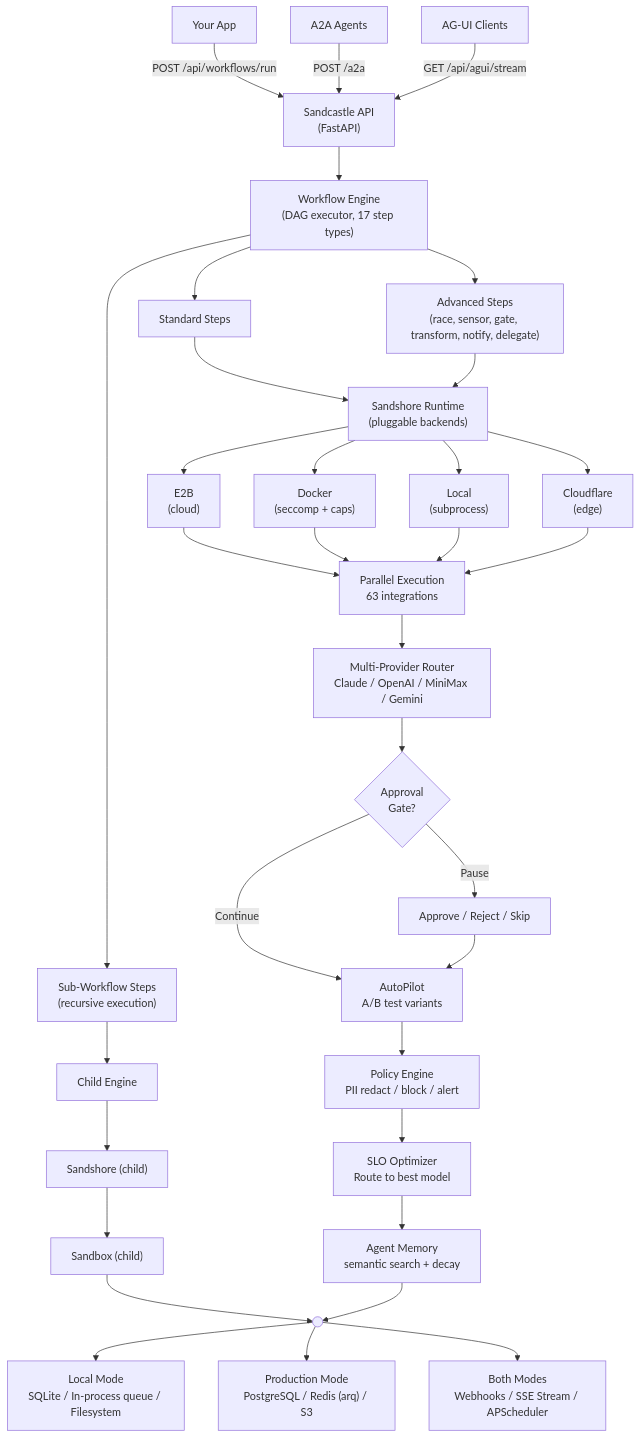
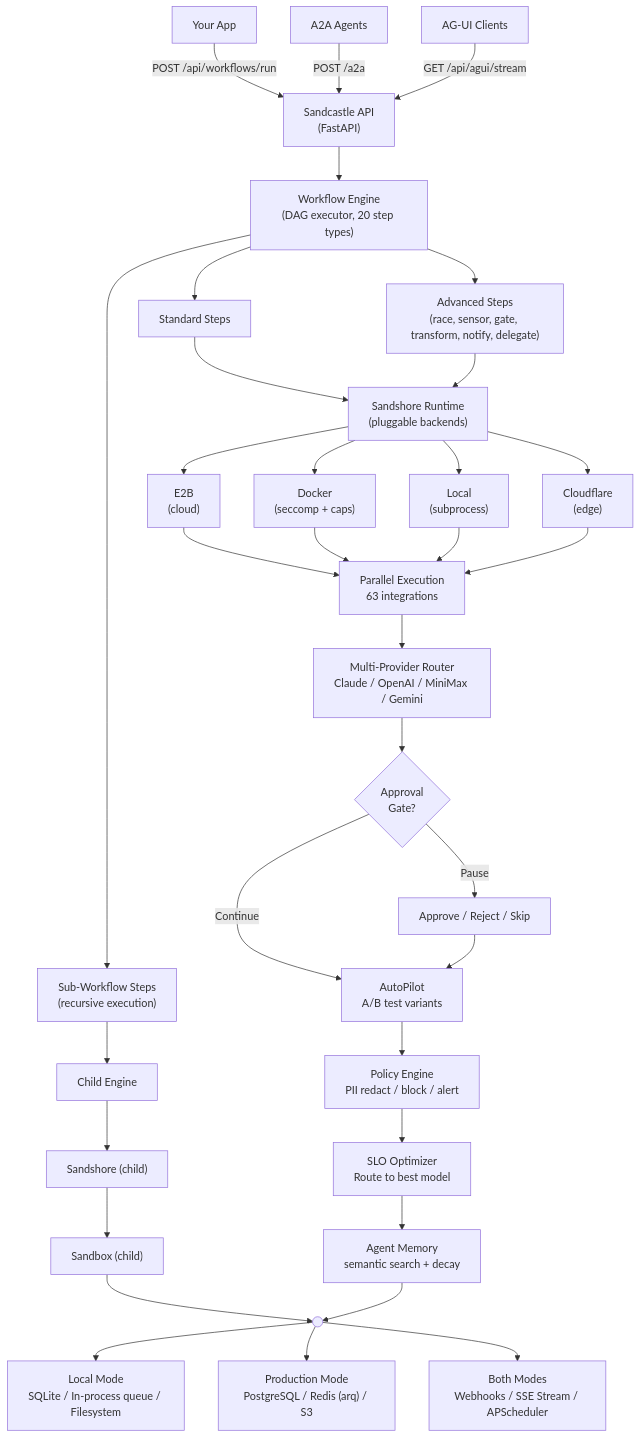
The second of 2 diagrams in README.md (gizmax/Sandcastle), drawn with Mermaid before and after one commit. The commit also changed other lines of this file and 21 other files, not shown here.

````diff
--- a/README.md
+++ b/README.md
@@ -1896,47 +1896,47 @@
 ```mermaid
 flowchart TD
     App["Your App"] -->|"POST /api/workflows/run"| API["Sandcastle API\n(FastAPI)"]
     A2A["A2A Agents"] -->|"POST /a2a"| API
     AGUI["AG-UI Clients"] -->|"GET /api/agui/stream"| API
 
-    API --> Engine["Workflow Engine\n(DAG executor, 17 step types)"]
+    API --> Engine["Workflow Engine\n(DAG executor, 20 step types)"]
 
     Engine --> Standard["Standard Steps"]
     Engine --> Sub["Sub-Workflow Steps\n(recursive execution)"]
     Engine --> Advanced["Advanced Steps\n(race, sensor, gate, transform, notify, delegate)"]
 
     Standard --> Sandshore["Sandshore Runtime\n(pluggable backends)"]
     Sub --> Child["Child Engine"]
     Advanced --> Sandshore
     Child --> SandshoreChild["Sandshore (child)"]
 
     Sandshore --> E2B["E2B\n(cloud)"]
     Sandshore --> Docker["Docker\n(seccomp + caps)"]
     Sandshore --> Local["Local\n(subprocess)"]
     Sandshore --> CF["Cloudflare\n(edge)"]
     SandshoreChild --> E2B2["Sandbox (child)"]
 
     E2B --> Execution
     Docker --> Execution
     Local --> Execution
     CF --> Execution
     E2B2 --> Merge
 
     Execution["Parallel Execution\n63 integrations"] --> Provider["Multi-Provider Router\nClaude / OpenAI / MiniMax / Gemini"]
 
     Provider --> Gate{"Approval\nGate?"}
 
     Gate -->|"Pause"| Review["Approve / Reject / Skip"]
     Gate -->|"Continue"| AutoPilot
 
     Review --> AutoPilot["AutoPilot\nA/B test variants"]
     AutoPilot --> Policy["Policy Engine\nPII redact / block / alert"]
     Policy --> Optimizer["SLO Optimizer\nRoute to best model"]
     Optimizer --> Memory["Agent Memory\nsemantic search + decay"]
 
     Memory --> Merge((" "))
 
     Merge --> LocalMode["Local Mode\nSQLite / In-process queue / Filesystem"]
     Merge --> ProdMode["Production Mode\nPostgreSQL / Redis (arq) / S3"]
     Merge --> BothModes["Both Modes\nWebhooks / SSE Stream / APScheduler"]
 ```
````
